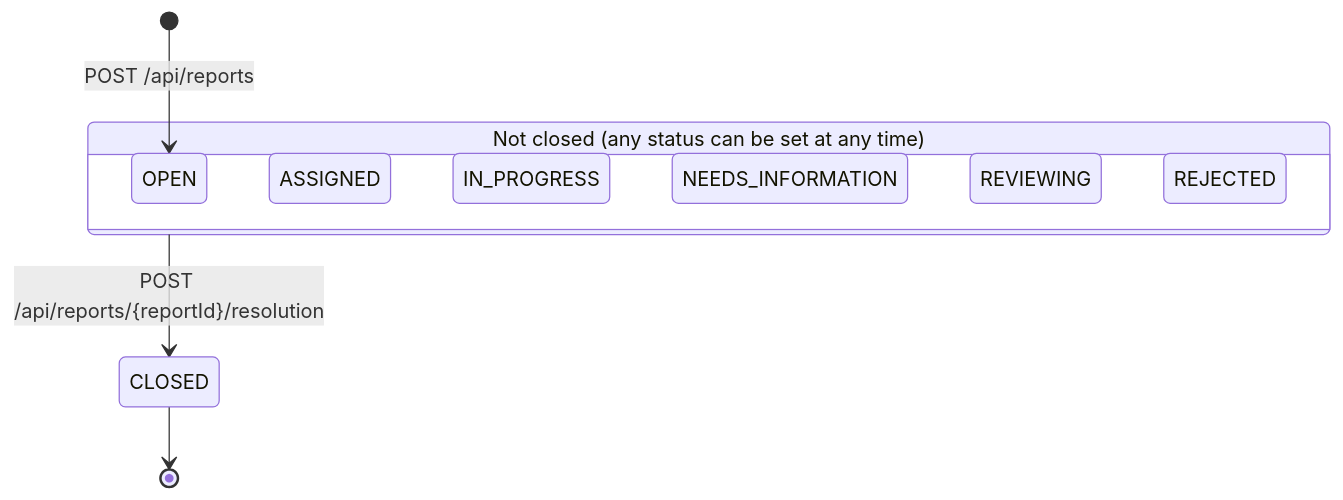
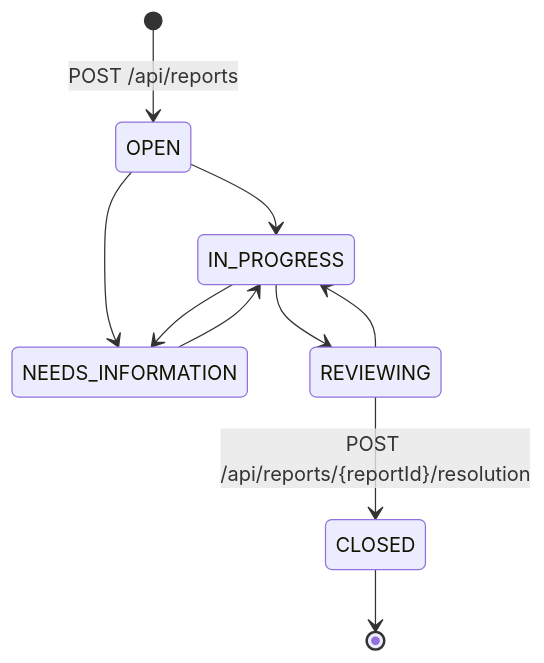
Before and after one commit to ramys2/bug-report-system: the first of 6 diagrams in README.md, drawn with Mermaid. The commit also changed other lines of this file and 8 other files, not shown here.

````diff
--- a/README.md
+++ b/README.md
@@ -53,16 +54,12 @@
 ```mermaid
 stateDiagram-v2
     [*] --> OPEN : POST /api/reports
-
-    state "Not closed (any status can be set at any time)" as NotClosed {
-        OPEN
-        ASSIGNED
-        IN_PROGRESS
-        NEEDS_INFORMATION
-        REVIEWING
-        REJECTED
-    }
-
-    NotClosed --> CLOSED : POST /api/reports/{reportId}/resolution
+    OPEN --> IN_PROGRESS
+    OPEN --> NEEDS_INFORMATION
+    IN_PROGRESS --> NEEDS_INFORMATION
+    NEEDS_INFORMATION --> IN_PROGRESS
+    IN_PROGRESS --> REVIEWING
+    REVIEWING --> IN_PROGRESS
+    REVIEWING --> CLOSED : POST /api/reports/{reportId}/resolution
     CLOSED --> [*]
 ```
````
